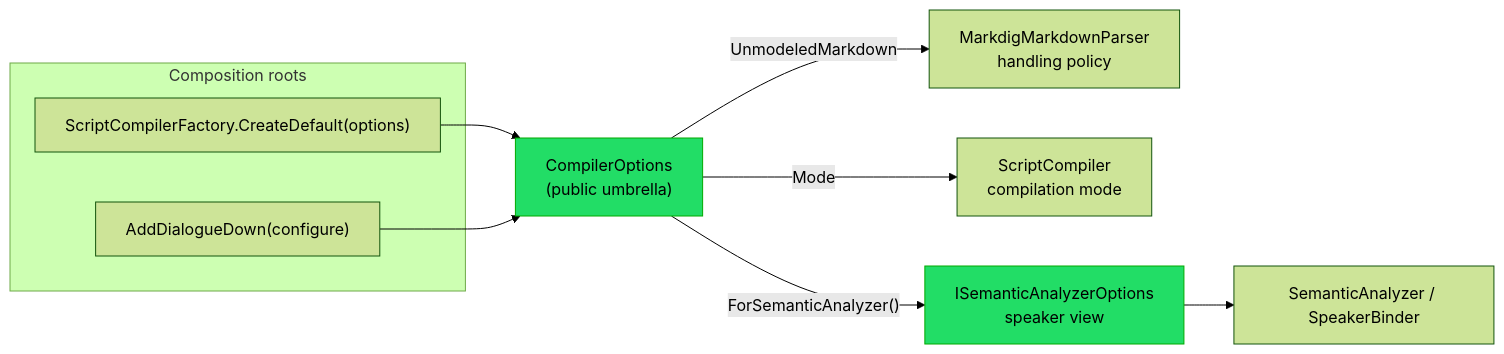
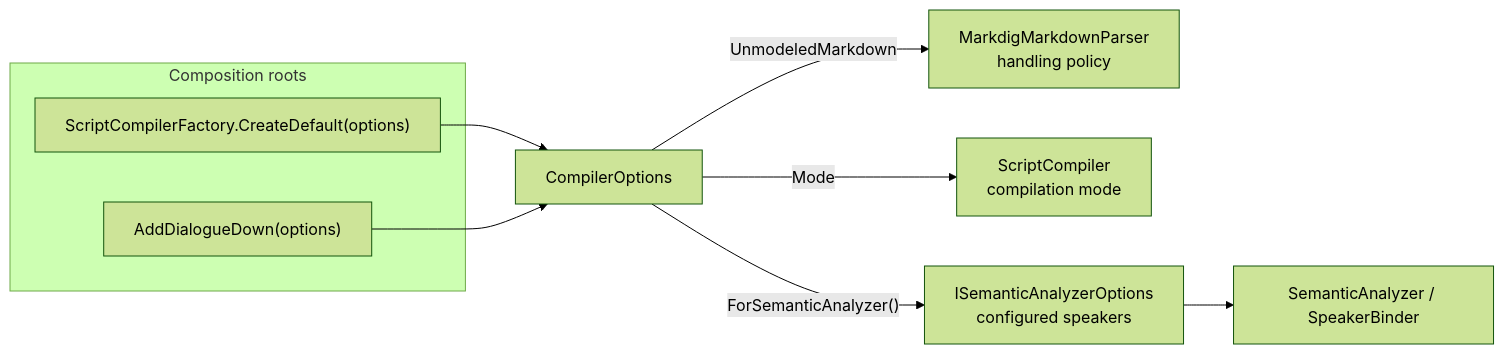
The diagram in docs/contributing/design-notes/configuration/Configuration.md (pengzhengyi/dialoguedown), drawn with Mermaid (forest theme) before and after one commit. The commit also changed other lines of this file and 124 other files, not shown here.

````diff
--- a/docs/contributing/design-notes/configuration/Configuration.md
+++ b/docs/contributing/design-notes/configuration/Configuration.md
@@ -65,20 +25,18 @@
 ```mermaid
 flowchart LR
     subgraph roots["Composition roots"]
         F["ScriptCompilerFactory.CreateDefault(options)"]
-        D["AddDialogueDown(configure)"]
+        D["AddDialogueDown(options)"]
     end
-    O["CompilerOptions<br/>(public umbrella)"]
+    O["CompilerOptions"]
     M["MarkdigMarkdownParser<br/>handling policy"]
     C["ScriptCompiler<br/>compilation mode"]
-    S["ISemanticAnalyzerOptions<br/>speaker view"]
+    S["ISemanticAnalyzerOptions<br/>configured speakers"]
     A["SemanticAnalyzer / SpeakerBinder"]
 
     F --> O
     D --> O
     O -->|"UnmodeledMarkdown"| M
     O -->|"Mode"| C
     O -->|"ForSemanticAnalyzer()"| S --> A
-    style O fill:#2d6,stroke:#0a0,color:#000
-    style S fill:#2d6,stroke:#0a0,color:#000
 ```
````
